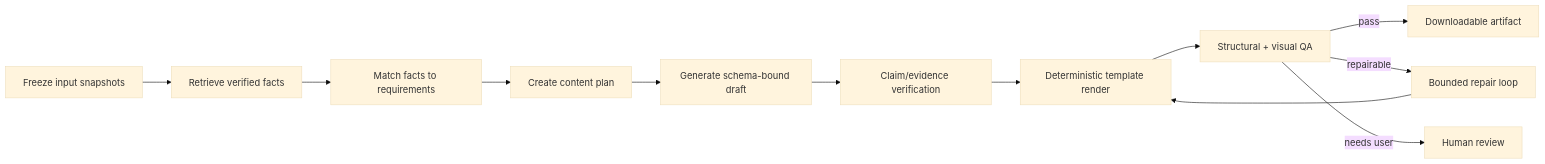
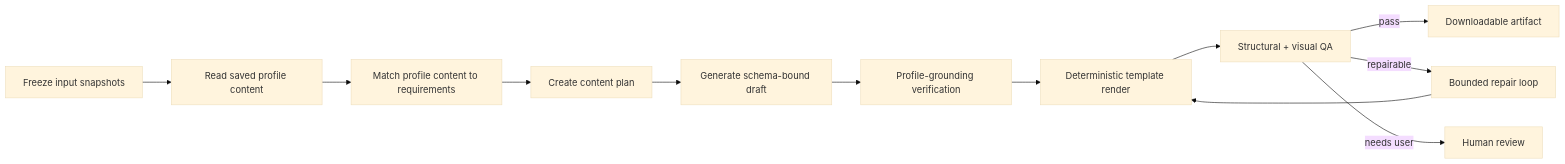
The second of 2 diagrams in docs/architecture-design.md (lrx0014/ResumeGPT), drawn with Mermaid (base theme) before and after one commit. The commit also changed other lines of this file and 58 other files, not shown here.

````diff
--- a/docs/architecture-design.md
+++ b/docs/architecture-design.md
@@ -254,14 +235,14 @@
 ```mermaid
 flowchart LR
-    S[Freeze input snapshots] --> R[Retrieve verified facts]
-    R --> M[Match facts to requirements]
+    S[Freeze input snapshots] --> R[Read saved profile content]
+    R --> M[Match profile content to requirements]
     M --> P[Create content plan]
     P --> D[Generate schema-bound draft]
-    D --> F[Claim/evidence verification]
+    D --> F[Profile-grounding verification]
     F --> T[Deterministic template render]
     T --> V[Structural + visual QA]
     V -->|pass| A[Downloadable artifact]
     V -->|repairable| X[Bounded repair loop]
     X --> T
     V -->|needs user| H[Human review]
 ```
````
